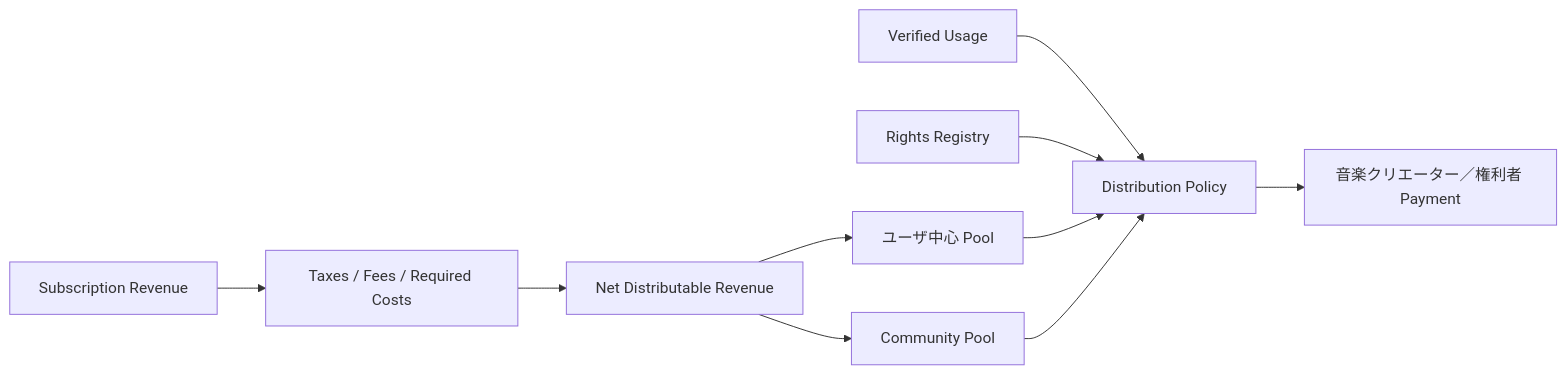
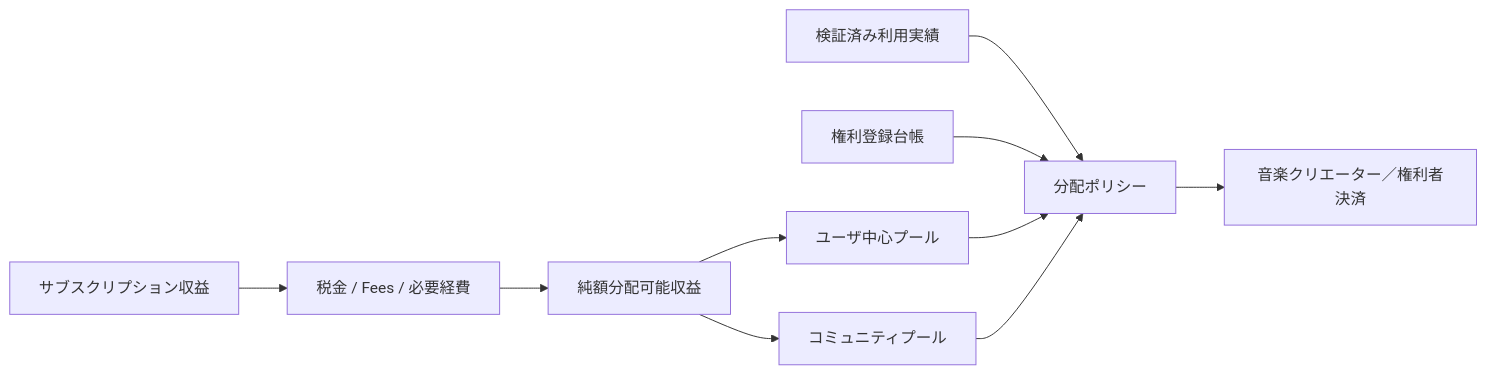
Before and after one commit to ShigeichiroYamasaki/creator-first-platform: the first of 5 diagrams in docs/adr/ADR-0004-creator-distribution-model.md, drawn with Mermaid. The commit also changed other lines of this file and 72 other files, not shown here.

````diff
--- a/docs/adr/ADR-0004-creator-distribution-model.md
+++ b/docs/adr/ADR-0004-creator-distribution-model.md
@@ -47,21 +47,21 @@
 ```mermaid
 flowchart LR
-    SUB[Subscription Revenue]
-    COST[Taxes / Fees / Required Costs]
-    NET[Net Distributable Revenue]
-    USER[ユーザ中心 Pool]
-    COMMUNITY[Community Pool]
-    USAGE[Verified Usage]
-    RIGHTS[Rights Registry]
-    POLICY[Distribution Policy]
-    PAY[音楽クリエーター／権利者 Payment]
+    SUB[サブスクリプション収益]
+    COST[税金 / Fees / 必要経費]
+    NET[純額分配可能収益]
+    USER[ユーザ中心プール]
+    COMMUNITY[コミュニティプール]
+    USAGE[検証済み利用実績]
+    RIGHTS[権利登録台帳]
+    POLICY[分配ポリシー]
+    PAY[音楽クリエーター／権利者決済]
 
     SUB --> COST --> NET
     NET --> USER
     NET --> COMMUNITY
     USAGE --> POLICY
     RIGHTS --> POLICY
     USER --> POLICY
     COMMUNITY --> POLICY
     POLICY --> PAY
 ```
````
